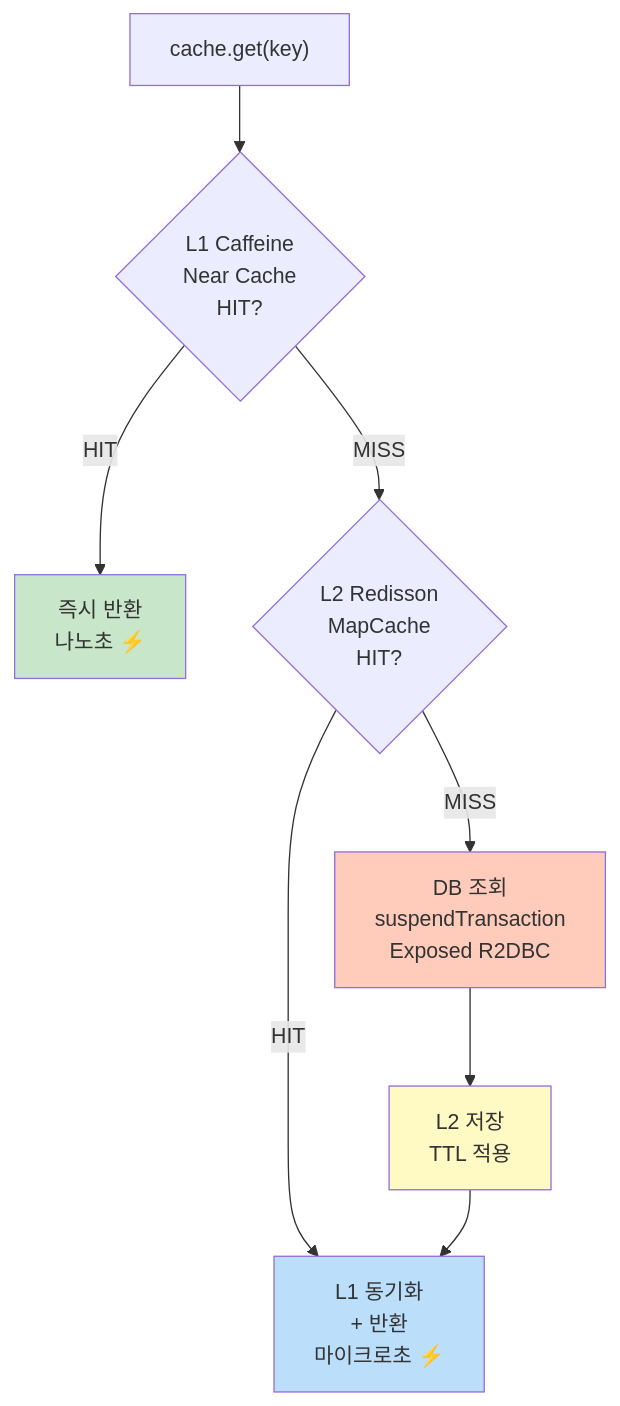
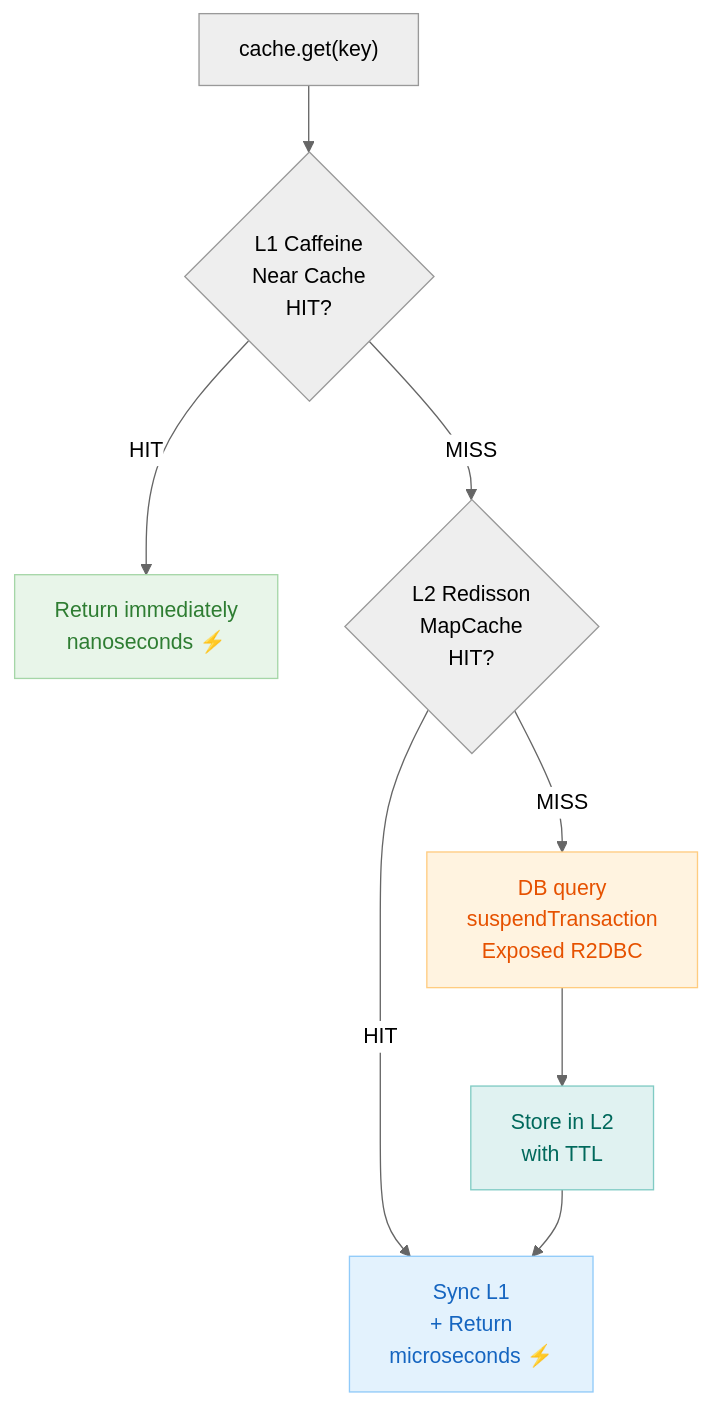
The second of 4 diagrams in 11-high-performance/02-cache-strategies-r2dbc/README.md (bluetape4k/exposed-r2dbc-workshop), drawn with Mermaid before and after one commit. The commit also changed other lines of this file and 63 other files, not shown here.

First line of the commit message:
docs: 전 모듈 README Mermaid UML 추가 및 영/한 이중화

````diff
--- a/11-high-performance/02-cache-strategies-r2dbc/README.md
+++ b/11-high-performance/02-cache-strategies-r2dbc/README.md
@@ -75,15 +83,21 @@
 ```mermaid
+%%{init: {"theme": "neutral"}}%%
 flowchart TD
     REQ["cache.get(key)"] --> L1{L1 Caffeine<br/>Near Cache<br/>HIT?}
-    L1 -->|HIT| RET1["즉시 반환<br/>나노초 ⚡"]
+    L1 -->|HIT| RET1["Return immediately<br/>nanoseconds ⚡"]
     L1 -->|MISS| L2{L2 Redisson<br/>MapCache<br/>HIT?}
-    L2 -->|HIT| FILL1["L1 동기화<br/>+ 반환<br/>마이크로초 ⚡"]
-    L2 -->|MISS| DB["DB 조회<br/>suspendTransaction<br/>Exposed R2DBC"]
-    DB --> FILL2["L2 저장<br/>TTL 적용"]
+    L2 -->|HIT| FILL1["Sync L1<br/>+ Return<br/>microseconds ⚡"]
+    L2 -->|MISS| DB["DB query<br/>suspendTransaction<br/>Exposed R2DBC"]
+    DB --> FILL2["Store in L2<br/>with TTL"]
     FILL2 --> FILL1
-    
-    style RET1 fill:#c8e6c9
-    style FILL1 fill:#bbdefb
-    style FILL2 fill:#fff9c4
-    style DB fill:#ffccbc
+
+    classDef blue   fill:#E3F2FD,stroke:#90CAF9,color:#1565C0
+    classDef green  fill:#E8F5E9,stroke:#A5D6A7,color:#2E7D32
+    classDef orange fill:#FFF3E0,stroke:#FFCC80,color:#E65100
+    classDef teal   fill:#E0F2F1,stroke:#80CBC4,color:#00695C
+
+    class RET1 green
+    class FILL1 blue
+    class FILL2 teal
+    class DB orange
 ```
````
